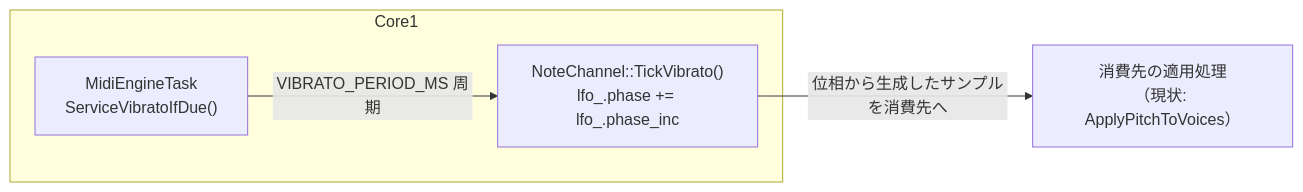
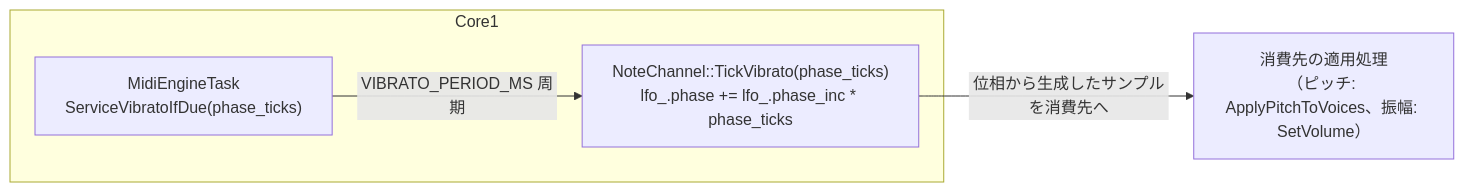
One commit to 46nori/FMSynthEnsembleV3 changed the diagram in doc/design_lfo.md. Above: the diagram before and after it, drawn with Mermaid. The commit also changed other lines of this file and 7 other files, not shown here.

````diff
--- a/doc/design_lfo.md
+++ b/doc/design_lfo.md
@@ -147,9 +147,9 @@
 ```mermaid
 flowchart LR
     subgraph Core1
-        ENGINE["MidiEngineTask<br>ServiceVibratoIfDue()"]
-        NC["NoteChannel::TickVibrato()<br>lfo_.phase += lfo_.phase_inc"]
+        ENGINE["MidiEngineTask<br>ServiceVibratoIfDue(phase_ticks)"]
+        NC["NoteChannel::TickVibrato(phase_ticks)<br>lfo_.phase += lfo_.phase_inc * phase_ticks"]
     end
     ENGINE -- "VIBRATO_PERIOD_MS 周期" --> NC
-    NC -- "位相から生成したサンプルを消費先へ" --> APPLY["消費先の適用処理<br>（現状: ApplyPitchToVoices）"]
+    NC -- "位相から生成したサンプルを消費先へ" --> APPLY["消費先の適用処理<br>（ピッチ: ApplyPitchToVoices、振幅: SetVolume）"]
 ```
````
